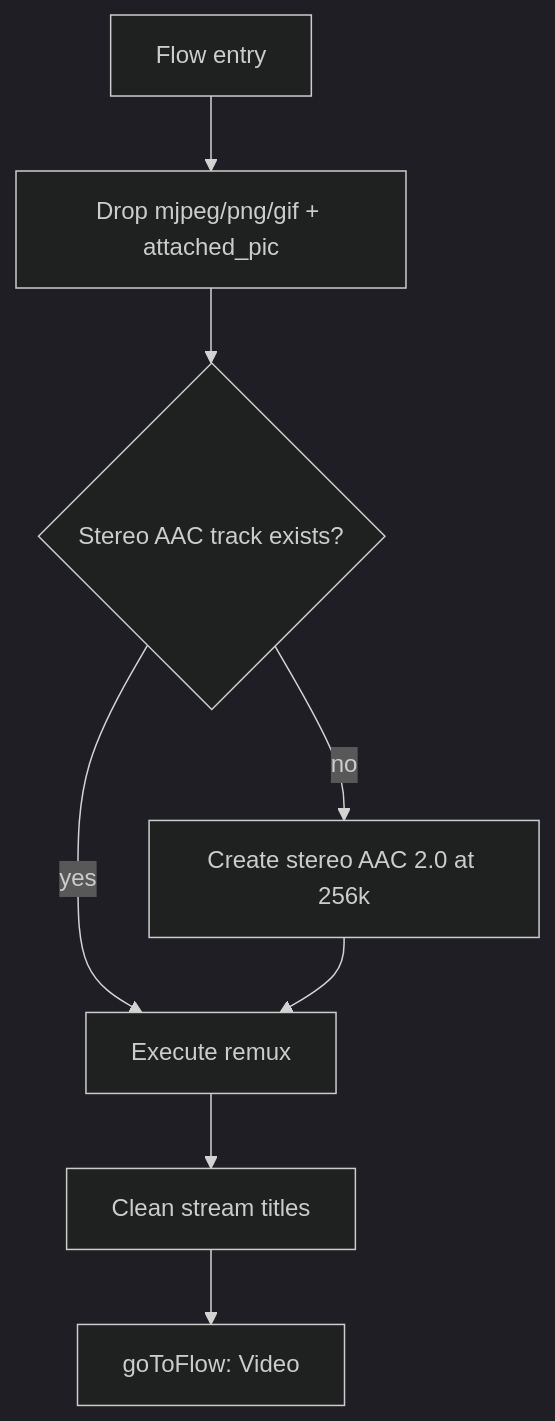
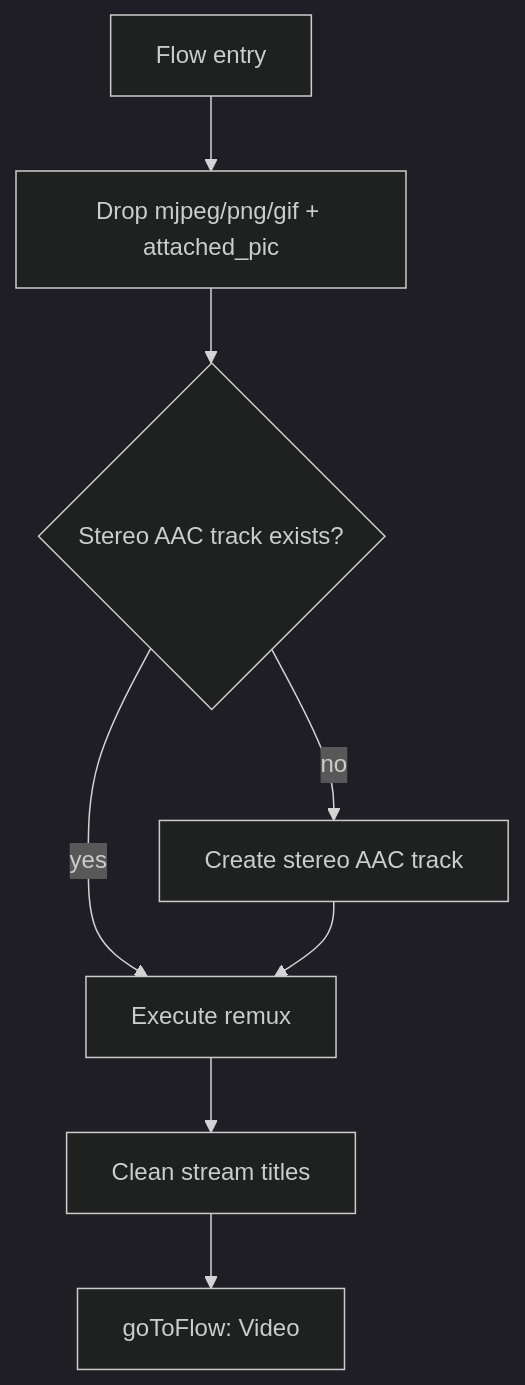
One commit to Apocrathia/homelab changed the third of 5 diagrams in flux/manifests/04-apps/media/management/tdarr/flows/README.md. Above: the diagram before and after it, drawn with Mermaid (dark theme). The commit also changed other lines of this file and 777 other files, not shown here.

````diff
--- a/flux/manifests/04-apps/media/management/tdarr/flows/README.md
+++ b/flux/manifests/04-apps/media/management/tdarr/flows/README.md
@@ -54,10 +54,10 @@
 ```mermaid
 flowchart TD
     Start["Flow entry"] --> DropImg["Drop mjpeg/png/gif + attached_pic"]
     DropImg --> HasStereoAAC{Stereo AAC track exists?}
     HasStereoAAC -->|yes| Execute["Execute remux"]
-    HasStereoAAC -->|no| CreateAAC["Create stereo AAC 2.0 at 256k"]
+    HasStereoAAC -->|no| CreateAAC["Create stereo AAC track"]
     CreateAAC --> Execute
     Execute --> CleanTitles["Clean stream titles"]
     CleanTitles --> GoToF3["goToFlow: Video"]
 ```
````
